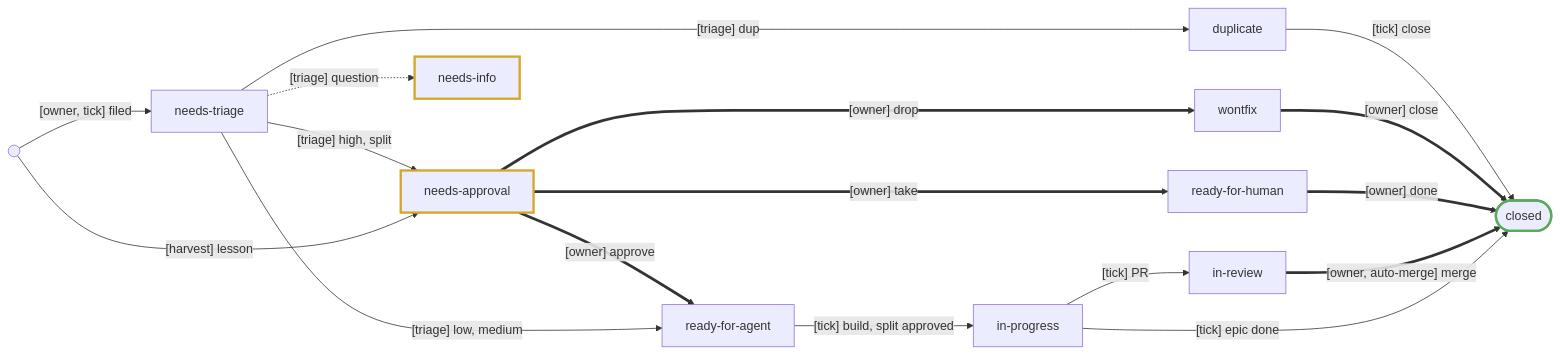
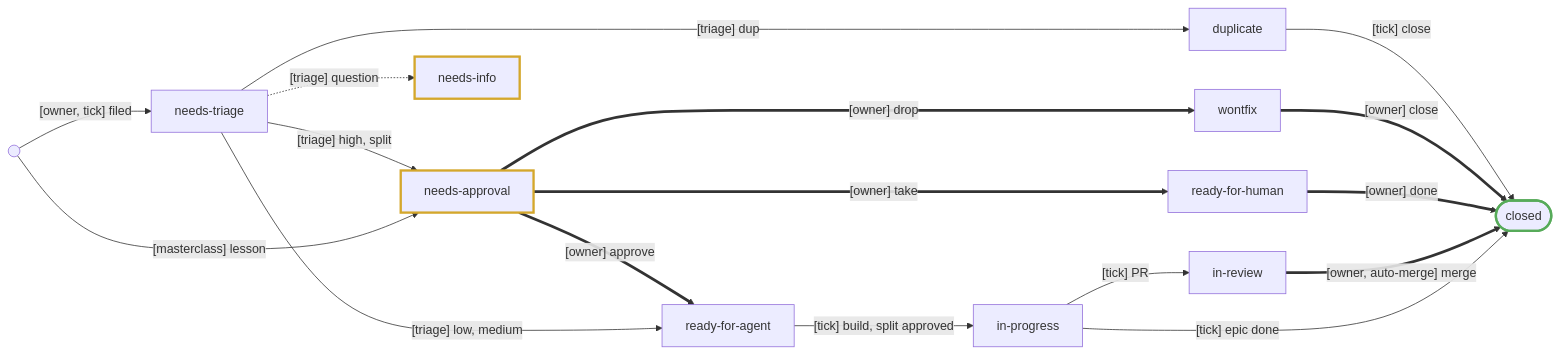
The first of 5 diagrams in docs/agents/factory.md (dvalnn/maestro), drawn with Mermaid before and after one commit. The commit also changed other lines of this file and 11 other files, not shown here.

First line of the commit message:
refactor(factory): rename harvest to masterclass

````diff
--- a/docs/agents/factory.md
+++ b/docs/agents/factory.md
@@ -26,36 +26,36 @@
 ```mermaid
 flowchart LR
     S(( ))
     NT["needs-triage"]
     NA["needs-approval"]
     RA["ready-for-agent"]
     IP["in-progress"]
     IR["in-review"]
     NI["needs-info"]
     RH["ready-for-human"]
     WF["wontfix"]
     DU["duplicate"]
     CL(["closed"])
 
     S -->|"[owner, tick] filed"| NT
-    S -->|"[harvest] lesson"| NA
+    S -->|"[masterclass] lesson"| NA
     NT -->|"[triage] low, medium"| RA
     NT -->|"[triage] high, split"| NA
     NT -.->|"[triage] question"| NI
     NT -->|"[triage] dup"| DU
     NA ==>|"[owner] approve"| RA
     NA ==>|"[owner] take"| RH
     NA ==>|"[owner] drop"| WF
     RA -->|"[tick] build, split approved"| IP
     IP -->|"[tick] PR"| IR
     IP -->|"[tick] epic done"| CL
     IR ==>|"[owner, auto-merge] merge"| CL
     RH ==>|"[owner] done"| CL
     WF ==>|"[owner] close"| CL
     DU -->|"[tick] close"| CL
 
     classDef owner stroke:#d4a72c,stroke-width:3px
     classDef done stroke:#57ab5a,stroke-width:3px
     class NA,NI owner
     class CL done
 ```
````
